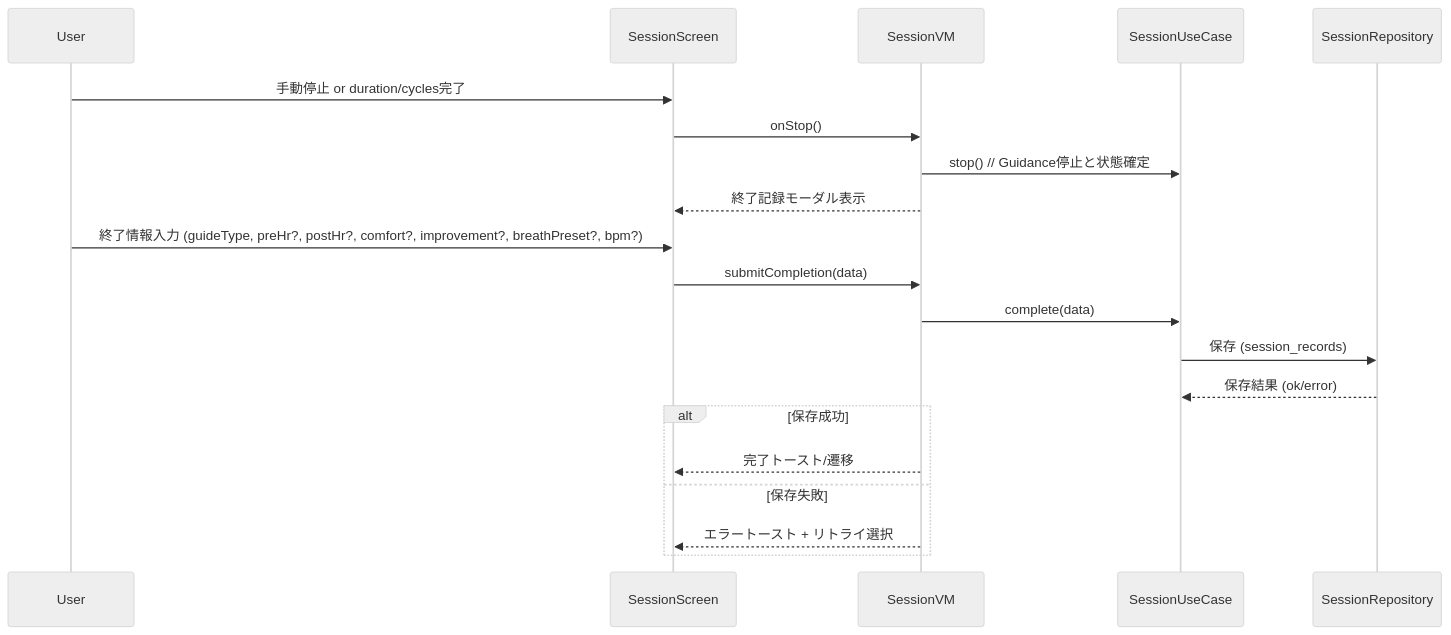
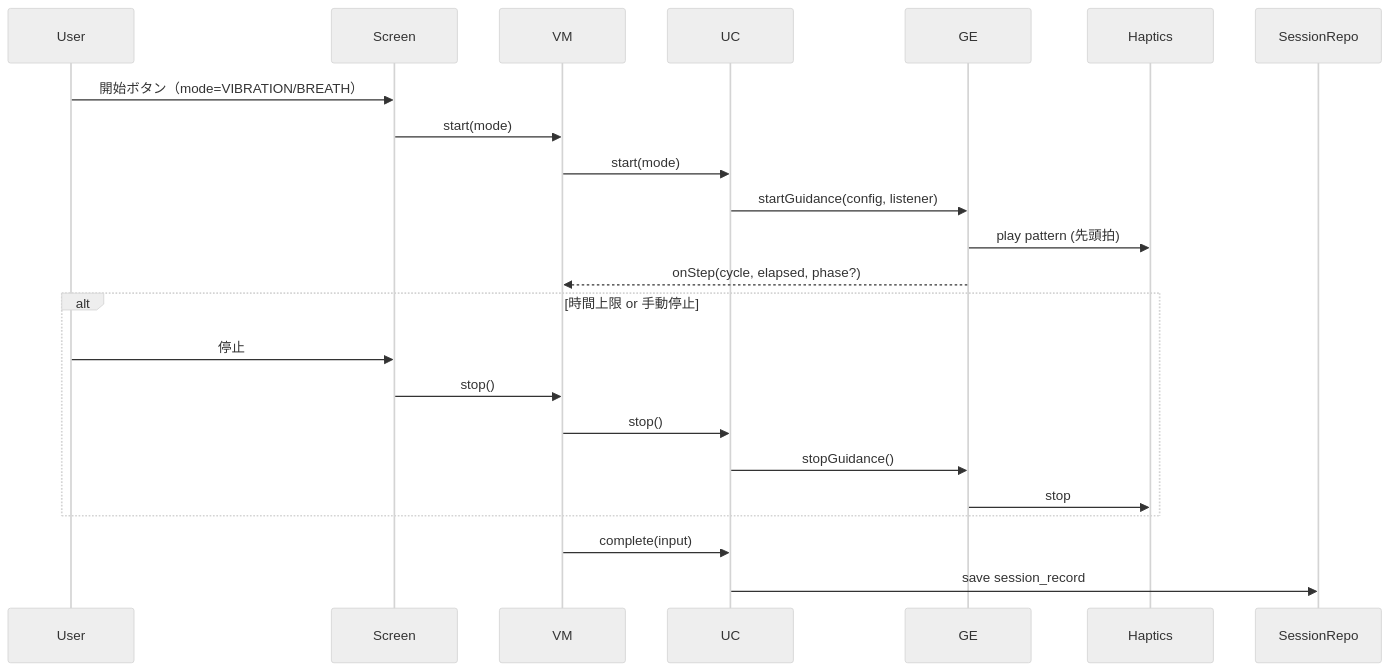
One commit to n4cl/CalmVibe changed the third of 3 diagrams in .kiro/specs/calm-heart-rate-app/design.md. Above: the diagram before and after it, drawn with Mermaid (neutral theme). The commit also changed other lines of this file and 3 other files, not shown here.

````diff
--- a/.kiro/specs/calm-heart-rate-app/design.md
+++ b/.kiro/specs/calm-heart-rate-app/design.md
@@ -69,23 +97,26 @@
 ```mermaid
 sequenceDiagram
   participant User
-  participant UI as SessionScreen
-  participant VM as SessionVM
-  participant UC as SessionUseCase
-  participant SR as SessionRepository
+  participant Screen
+  participant VM
+  participant UC
+  participant GE
+  participant Haptics
+  participant Repo as SessionRepo
 
-  User->>UI: 手動停止 or duration/cycles完了
-  UI->>VM: onStop()
-  VM->>UC: stop() // Guidance停止と状態確定
-  VM-->>UI: 終了記録モーダル表示
-  User->>UI: 終了情報入力 (guideType, preHr?, postHr?, comfort?, improvement?, breathPreset?, bpm?)
-  UI->>VM: submitCompletion(data)
-  VM->>UC: complete(data)
-  UC->>SR: 保存 (session_records)
-  SR-->>UC: 保存結果 (ok/error)
-  alt 保存成功
-    VM-->>UI: 完了トースト/遷移
-  else 保存失敗
-    VM-->>UI: エラートースト + リトライ選択
+  User->>Screen: 開始ボタン（mode=VIBRATION/BREATH）
+  Screen->>VM: start(mode)
+  VM->>UC: start(mode)
+  UC->>GE: startGuidance(config, listener)
+  GE->>Haptics: play pattern (先頭拍)
+  GE-->>VM: onStep(cycle, elapsed, phase?)
+  alt 時間上限 or 手動停止
+    User->>Screen: 停止
+    Screen->>VM: stop()
+    VM->>UC: stop()
+    UC->>GE: stopGuidance()
+    GE->>Haptics: stop
   end
+  VM->>UC: complete(input)
+  UC->>Repo: save session_record
 ```
````
